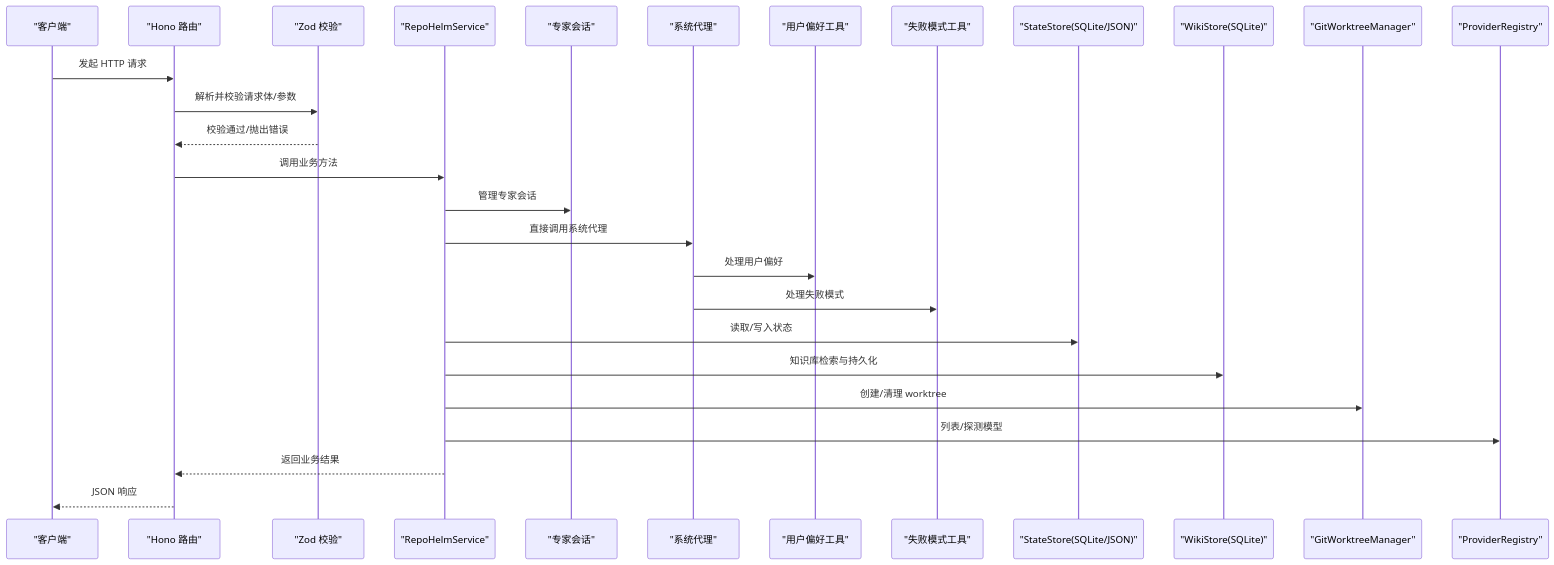
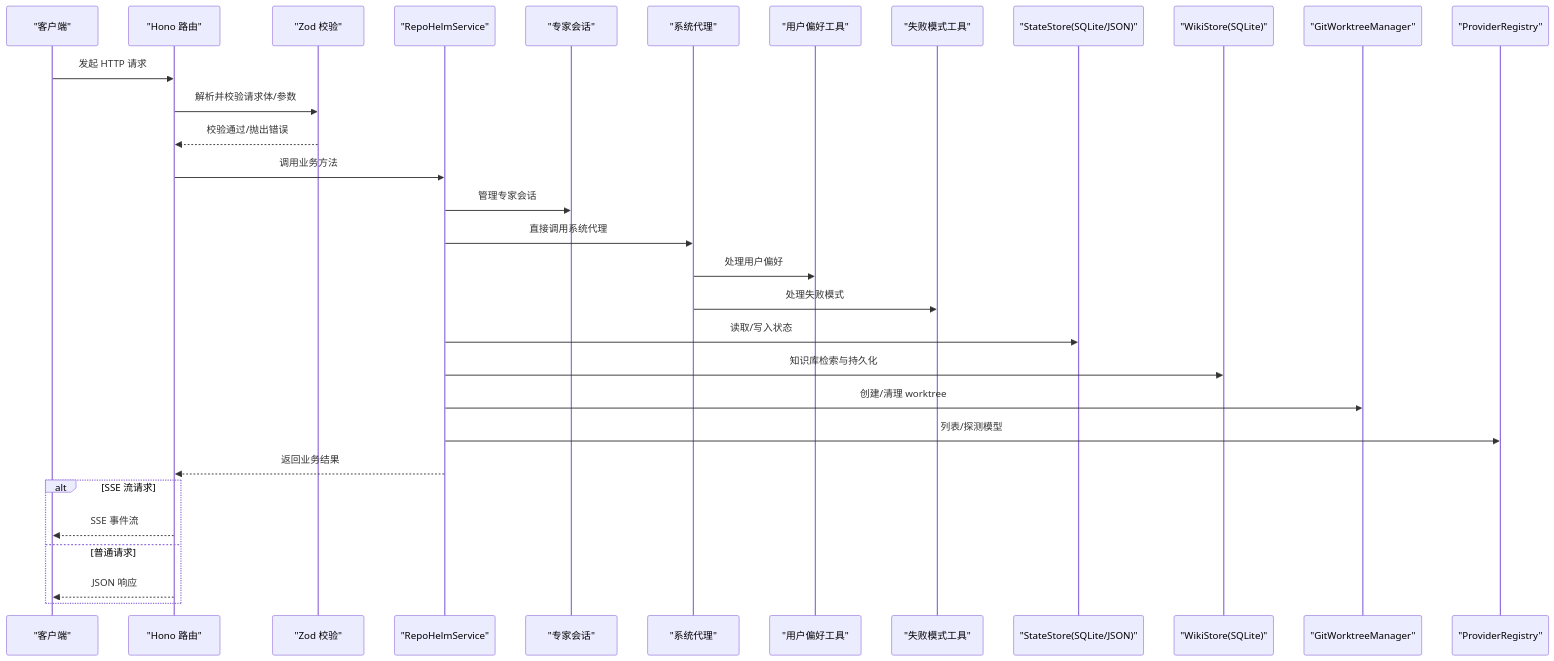
The second of 3 diagrams in .qoder/repowiki/zh/content/服务器 API 设计/服务器 API 设计.md (coconilu/RepoHelm), drawn with Mermaid before and after one commit. The commit also changed other lines of this file and 7 other files, not shown here.

````diff
--- a/.qoder/repowiki/zh/content/服务器 API 设计/服务器 API 设计.md
+++ b/.qoder/repowiki/zh/content/服务器 API 设计/服务器 API 设计.md
@@ -124,29 +132,33 @@
 ```mermaid
 sequenceDiagram
 participant Client as "客户端"
 participant Router as "Hono 路由"
 participant Validator as "Zod 校验"
 participant Service as "RepoHelmService"
 participant ExpertSession as "专家会话"
 participant SystemAgent as "系统代理"
 participant HabitsTools as "用户偏好工具"
 participant FailureTools as "失败模式工具"
 participant Store as "StateStore(SQLite/JSON)"
 participant WikiStore as "WikiStore(SQLite)"
 participant Git as "GitWorktreeManager"
 participant Provider as "ProviderRegistry"
 Client->>Router : 发起 HTTP 请求
 Router->>Validator : 解析并校验请求体/参数
 Validator-->>Router : 校验通过/抛出错误
 Router->>Service : 调用业务方法
 Service->>ExpertSession : 管理专家会话
 Service->>SystemAgent : 直接调用系统代理
 SystemAgent->>HabitsTools : 处理用户偏好
 SystemAgent->>FailureTools : 处理失败模式
 Service->>Store : 读取/写入状态
 Service->>WikiStore : 知识库检索与持久化
 Service->>Git : 创建/清理 worktree
 Service->>Provider : 列表/探测模型
 Service-->>Router : 返回业务结果
+alt SSE 流请求
+Router-->>Client : SSE 事件流
+else 普通请求
 Router-->>Client : JSON 响应
+end
 ```
````
